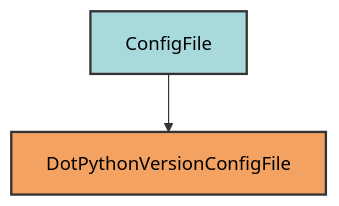
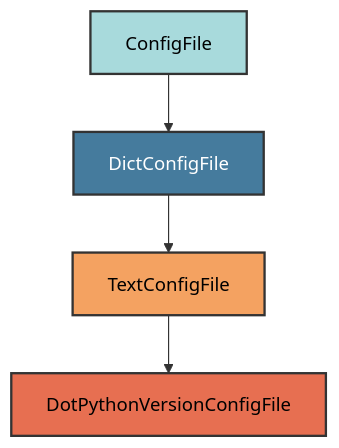
Before and after one commit to Winipedia/pyrig: the diagram in docs/configs/dot_python_version.md, drawn with Mermaid. The commit also changed other lines of this file and 21 other files, not shown here.

````diff
--- a/docs/configs/dot_python_version.md
+++ b/docs/configs/dot_python_version.md
@@ -18,7 +18,11 @@
 ```mermaid
 graph TD
-    A[ConfigFile] --> B[DotPythonVersionConfigFile]
+    A[ConfigFile] --> B[DictConfigFile]
+    B --> C[TextConfigFile]
+    C --> D[DotPythonVersionConfigFile]
 
     style A fill:#a8dadc,stroke:#333,stroke-width:2px,color:#000
-    style B fill:#f4a261,stroke:#333,stroke-width:2px,color:#000
+    style B fill:#457b9d,stroke:#333,stroke-width:2px,color:#fff
+    style C fill:#f4a261,stroke:#333,stroke-width:2px,color:#000
+    style D fill:#e76f51,stroke:#333,stroke-width:2px,color:#000
 ```
````
